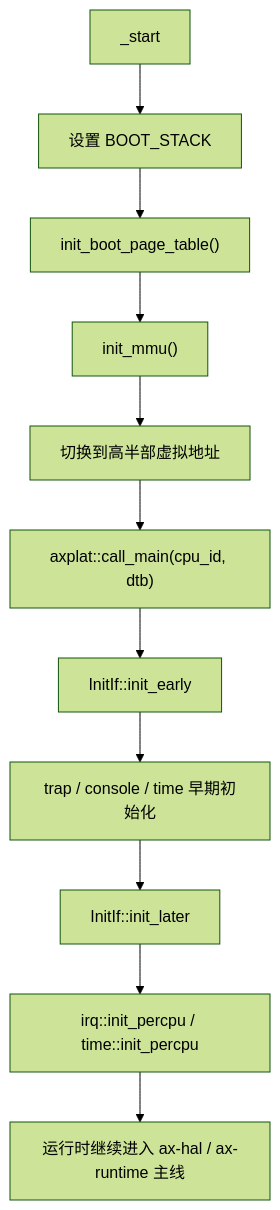
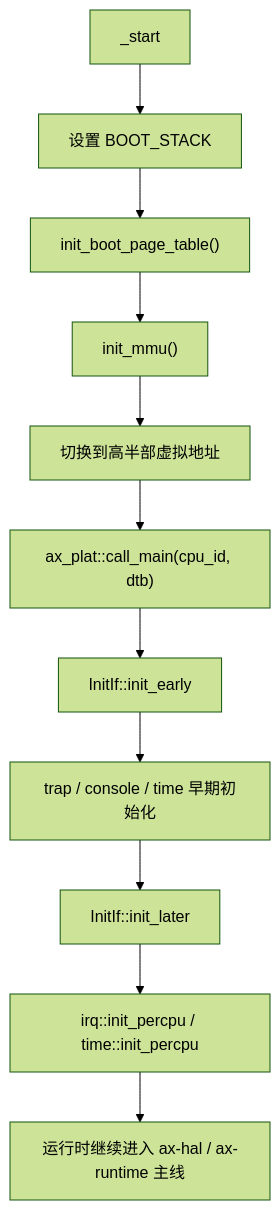
The first of 3 diagrams in docs/crates/ax-plat-riscv64-qemu-virt.md (zKurisu/tgoskits), drawn with Mermaid (forest theme) before and after one commit. The commit also changed other lines of this file and 199 other files, not shown here.

Commit message:
rename axplat to ax-plat

````diff
--- a/docs/crates/ax-plat-riscv64-qemu-virt.md
+++ b/docs/crates/ax-plat-riscv64-qemu-virt.md
@@ -43,13 +43,13 @@
 ```mermaid
 flowchart TD
     A["_start"] --> B["设置 BOOT_STACK"]
     B --> C["init_boot_page_table()"]
     C --> D["init_mmu()"]
     D --> E["切换到高半部虚拟地址"]
-    E --> F["axplat::call_main(cpu_id, dtb)"]
+    E --> F["ax_plat::call_main(cpu_id, dtb)"]
     F --> G["InitIf::init_early"]
     G --> H["trap / console / time 早期初始化"]
     H --> I["InitIf::init_later"]
     I --> J["irq::init_percpu / time::init_percpu"]
     J --> K["运行时继续进入 ax-hal / ax-runtime 主线"]
 ```
````
